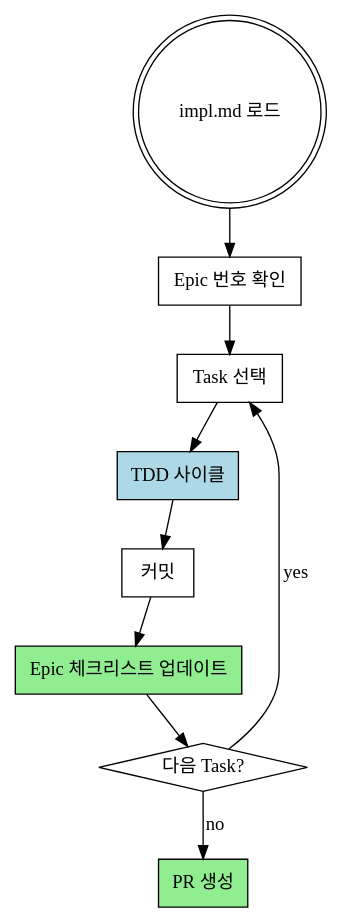
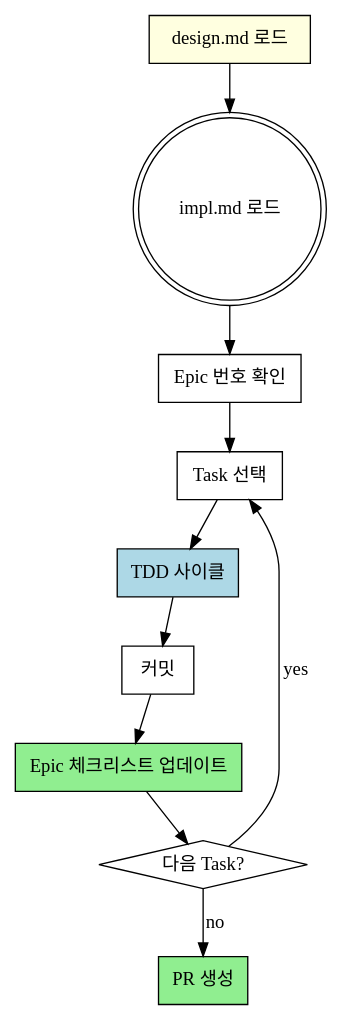
Before and after one commit to junsik/github-superpowers: the diagram in skills/executing-plans/SKILL.md, drawn with Graphviz. The commit also changed other lines of this file and 3 other files, not shown here.

First line of the commit message:
feat: add Design-Aware Task structure for agent-complete impl.md

````diff
--- a/skills/executing-plans/SKILL.md
+++ b/skills/executing-plans/SKILL.md
@@ -19,21 +33,23 @@
 ```dot
 digraph executing {
+    "design.md 로드" [shape=box, style=filled, fillcolor=lightyellow];
     "impl.md 로드" [shape=doublecircle];
     "Epic 번호 확인" [shape=box];
     "Task 선택" [shape=box];
     "TDD 사이클" [shape=box, style=filled, fillcolor=lightblue];
     "커밋" [shape=box];
     "Epic 체크리스트 업데이트" [shape=box, style=filled, fillcolor=lightgreen];
     "다음 Task?" [shape=diamond];
     "PR 생성" [shape=box, style=filled, fillcolor=lightgreen];
 
+    "design.md 로드" -> "impl.md 로드";
     "impl.md 로드" -> "Epic 번호 확인";
     "Epic 번호 확인" -> "Task 선택";
     "Task 선택" -> "TDD 사이클";
     "TDD 사이클" -> "커밋";
     "커밋" -> "Epic 체크리스트 업데이트";
     "Epic 체크리스트 업데이트" -> "다음 Task?";
     "다음 Task?" -> "Task 선택" [label="yes"];
     "다음 Task?" -> "PR 생성" [label="no"];
 }
 ```
````
